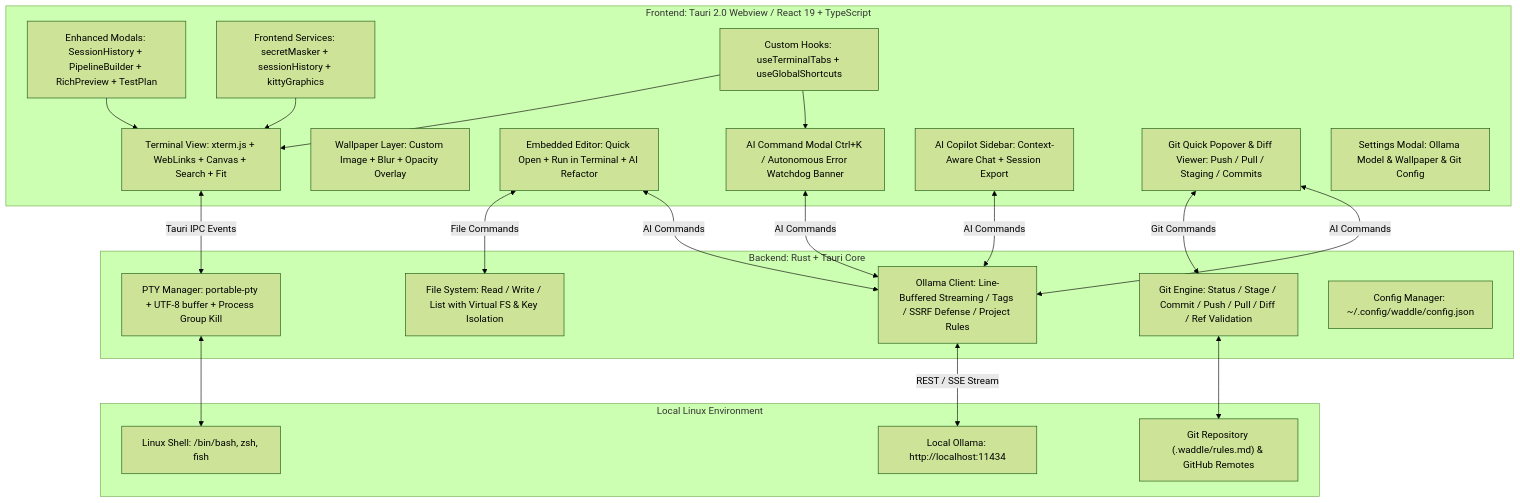
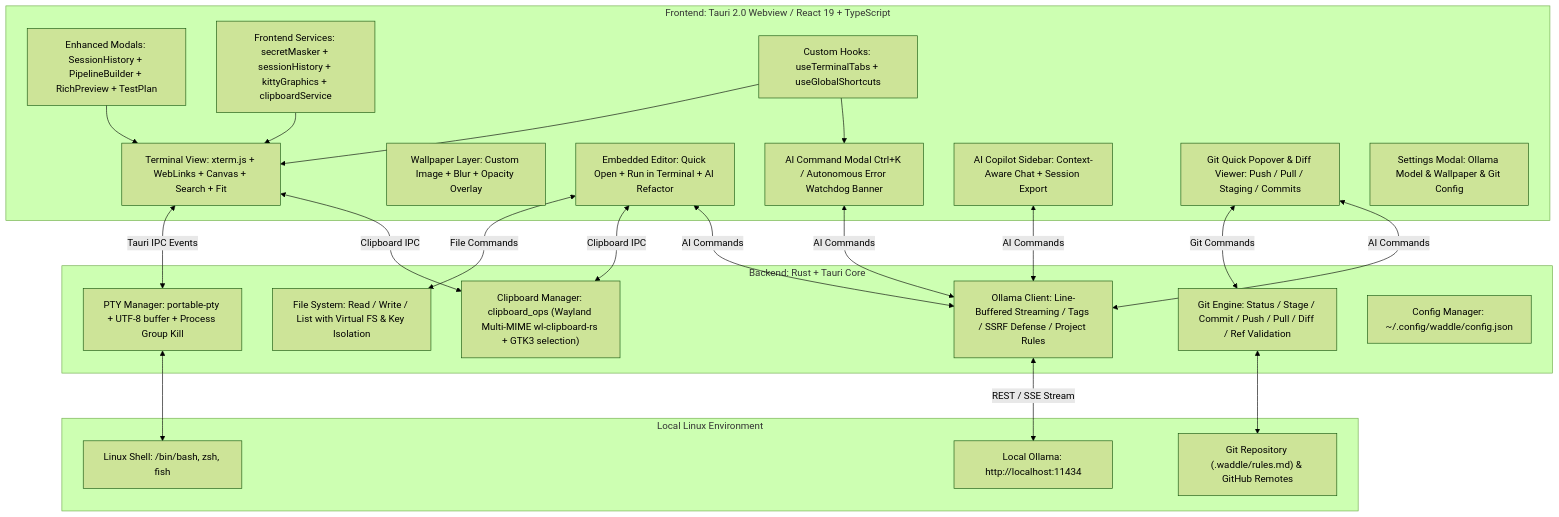
Before and after one commit to wammed/Waddle: the first of 4 diagrams in docs/ARCHITECTURE.md, drawn with Mermaid (forest theme). The commit also changed other lines of this file and 28 other files, not shown here.

Commit message:
docs: sync documentation suite for clipboard and Wayland multi-MIME

````diff
--- a/docs/ARCHITECTURE.md
+++ b/docs/ARCHITECTURE.md
@@ -9,41 +9,43 @@
 ```mermaid
 graph TD
     subgraph UI_Layer ["Frontend: Tauri 2.0 Webview / React 19 + TypeScript"]
         TermView["Terminal View: xterm.js + WebLinks + Canvas + Search + Fit"]
         WallLayer["Wallpaper Layer: Custom Image + Blur + Opacity Overlay"]
         Editor["Embedded Editor: Quick Open + Run in Terminal + AI Refactor"]
         AIOverlay["AI Command Modal Ctrl+K / Autonomous Error Watchdog Banner"]
         Copilot["AI Copilot Sidebar: Context-Aware Chat + Session Export"]
         GitUI["Git Quick Popover & Diff Viewer: Push / Pull / Staging / Commits"]
         NextGenModals["Enhanced Modals: SessionHistory + PipelineBuilder + RichPreview + TestPlan"]
-        Services["Frontend Services: secretMasker + sessionHistory + kittyGraphics"]
+        Services["Frontend Services: secretMasker + sessionHistory + kittyGraphics + clipboardService"]
         Settings["Settings Modal: Ollama Model & Wallpaper & Git Config"]
         Hooks["Custom Hooks: useTerminalTabs + useGlobalShortcuts"]
     end
 
     subgraph Rust_Backend ["Backend: Rust + Tauri Core"]
         PtyMgr["PTY Manager: portable-pty + UTF-8 buffer + Process Group Kill"]
         GitCore["Git Engine: Status / Stage / Commit / Push / Pull / Diff / Ref Validation"]
         AiCore["Ollama Client: Line-Buffered Streaming / Tags / SSRF Defense / Project Rules"]
         FileIO["File System: Read / Write / List with Virtual FS & Key Isolation"]
+        ClipCore["Clipboard Manager: clipboard_ops (Wayland Multi-MIME wl-clipboard-rs + GTK3 selection)"]
         ConfigMgr["Config Manager: ~/.config/waddle/config.json"]
     end
 
     subgraph System_Layer ["Local Linux Environment"]
         Shell["Linux Shell: /bin/bash, zsh, fish"]
         GitRepo["Git Repository (.waddle/rules.md) & GitHub Remotes"]
         Ollama["Local Ollama: http://localhost:11434"]
     end
 
     TermView <-->|Tauri IPC Events| PtyMgr
     PtyMgr <--> Shell
     GitUI <-->|Git Commands| GitCore
     GitCore <--> GitRepo
     Editor <-->|File Commands| FileIO
+    Editor & TermView <-->|Clipboard IPC| ClipCore
     AIOverlay & Copilot & Editor & GitUI <-->|AI Commands| AiCore
     AiCore <-->|REST / SSE Stream| Ollama
     Hooks --> TermView
     Hooks --> AIOverlay
     Services --> TermView
     NextGenModals --> TermView
 ```
````
